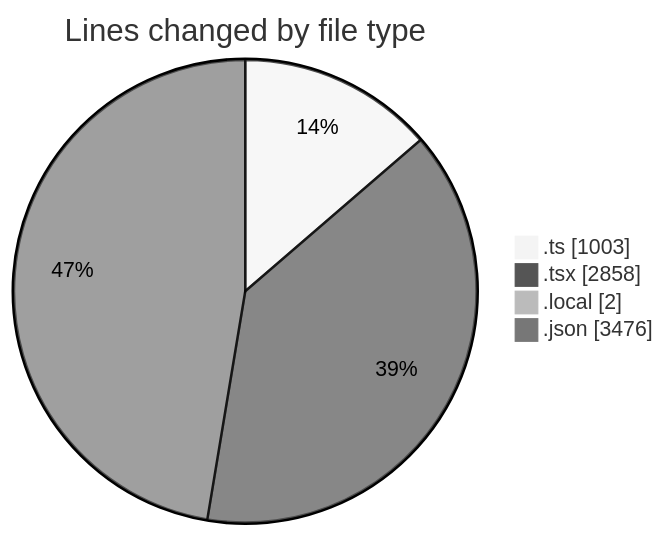
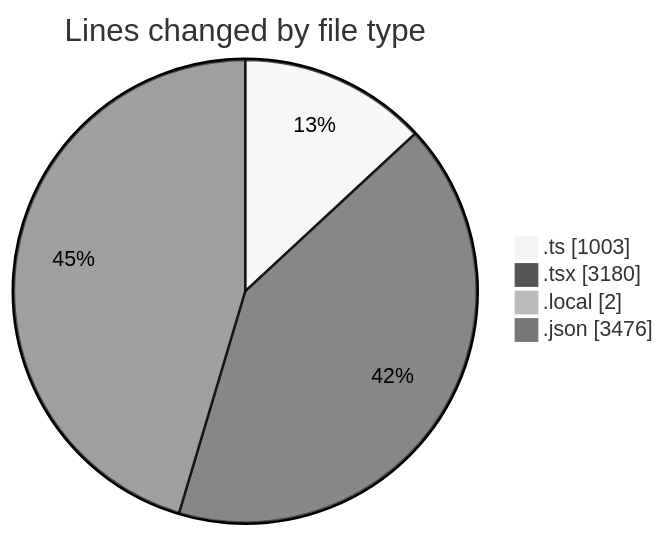
Before and after one commit to julien-gomy/code-tracking: the first of 2 diagrams in 2025-10-28/eventscop-frontend-guide__workspace_/README.md, drawn with Mermaid (neutral theme). The commit also changed other lines of this file and 1 other file, not shown here.

````diff
--- a/2025-10-28/eventscop-frontend-guide__workspace_/README.md
+++ b/2025-10-28/eventscop-frontend-guide__workspace_/README.md
@@ -43,8 +45,8 @@
 ```mermaid
 pie showData
 title Lines changed by file type
 ".ts" : 1003
-".tsx" : 2858
+".tsx" : 3180
 ".local" : 2
 ".json" : 3476
 ```
````
